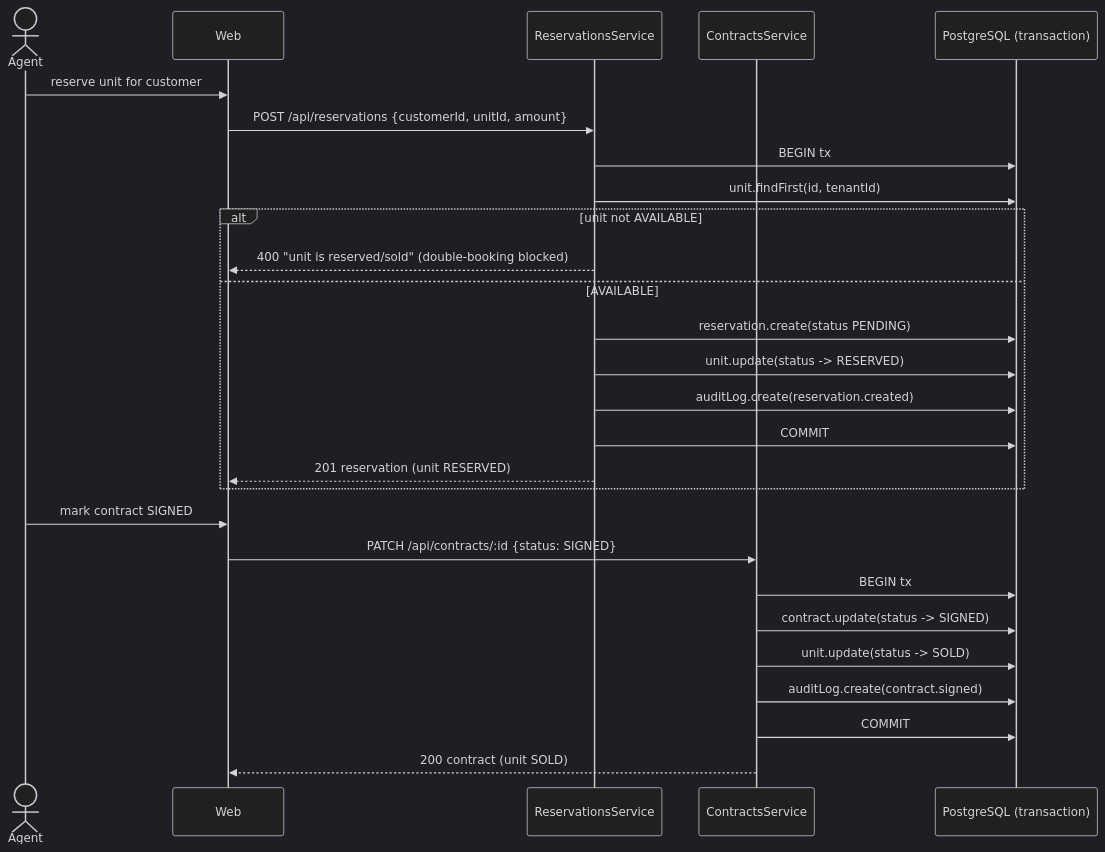
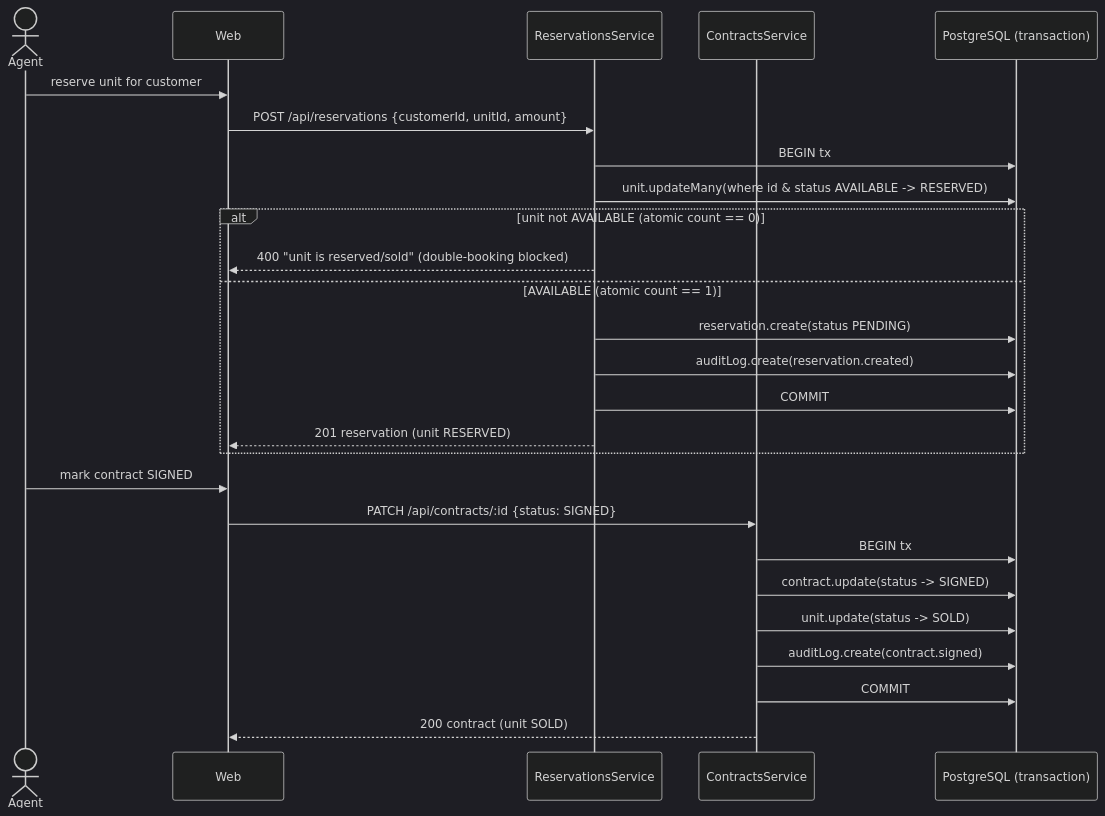
Before and after one commit to BirhanuB123/BetFlow-CRM: the fourth of 5 diagrams in docs/sequence-diagrams.md, drawn with Mermaid (dark theme). The commit also changed other lines of this file and 229 other files, not shown here.

````diff
--- a/docs/sequence-diagrams.md
+++ b/docs/sequence-diagrams.md
@@ -108,31 +101,30 @@
 ```mermaid
 sequenceDiagram
     actor Agent
     participant Web
     participant RSvc as ReservationsService
     participant CSvc as ContractsService
     participant DB as PostgreSQL (transaction)
 
     Agent->>Web: reserve unit for customer
     Web->>RSvc: POST /api/reservations {customerId, unitId, amount}
     RSvc->>DB: BEGIN tx
-    RSvc->>DB: unit.findFirst(id, tenantId)
-    alt unit not AVAILABLE
+    RSvc->>DB: unit.updateMany(where id & status AVAILABLE -> RESERVED)
+    alt unit not AVAILABLE (atomic count == 0)
         RSvc-->>Web: 400 "unit is reserved/sold" (double-booking blocked)
-    else AVAILABLE
+    else AVAILABLE (atomic count == 1)
         RSvc->>DB: reservation.create(status PENDING)
-        RSvc->>DB: unit.update(status -> RESERVED)
         RSvc->>DB: auditLog.create(reservation.created)
         RSvc->>DB: COMMIT
         RSvc-->>Web: 201 reservation (unit RESERVED)
     end
 
     Agent->>Web: mark contract SIGNED
     Web->>CSvc: PATCH /api/contracts/:id {status: SIGNED}
     CSvc->>DB: BEGIN tx
     CSvc->>DB: contract.update(status -> SIGNED)
     CSvc->>DB: unit.update(status -> SOLD)
     CSvc->>DB: auditLog.create(contract.signed)
     CSvc->>DB: COMMIT
     CSvc-->>Web: 200 contract (unit SOLD)
 ```
````
